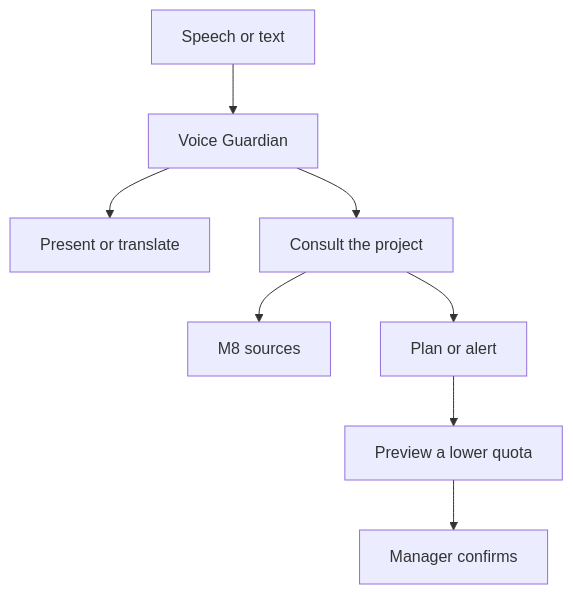
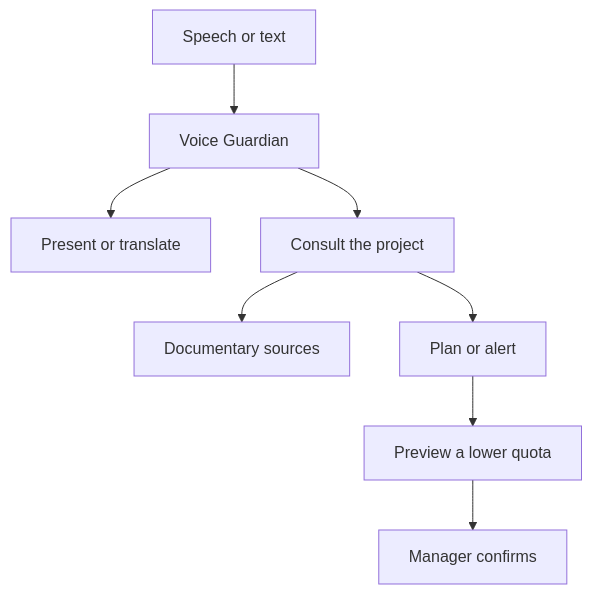
Before and after one commit to omarfh111/MIZUHO: the fourth of 4 diagrams in README.md, drawn with Mermaid. The commit also changed other lines of this file, not shown here.

Commit message:
Use feature names in README prose and diagrams

````diff
--- a/README.md
+++ b/README.md
@@ -216,12 +216,12 @@
 ```mermaid
 flowchart TD
     accTitle: Voice Guardian routes a turn
     accDescr: Spoken or typed turns can use presentation notes, current model facts or the evidence agent. A lower quota requires manager confirmation.
     Turn["Speech or text"] --> Guardian["Voice Guardian"]
     Guardian --> Talk["Present or translate"]
     Guardian --> Data["Consult the project"]
-    Data --> Evidence["M8 sources"]
+    Data --> Evidence["Documentary sources"]
     Data --> Plan["Plan or alert"]
     Plan --> Quota["Preview a lower quota"]
     Quota --> Manager["Manager confirms"]
 ```
````
